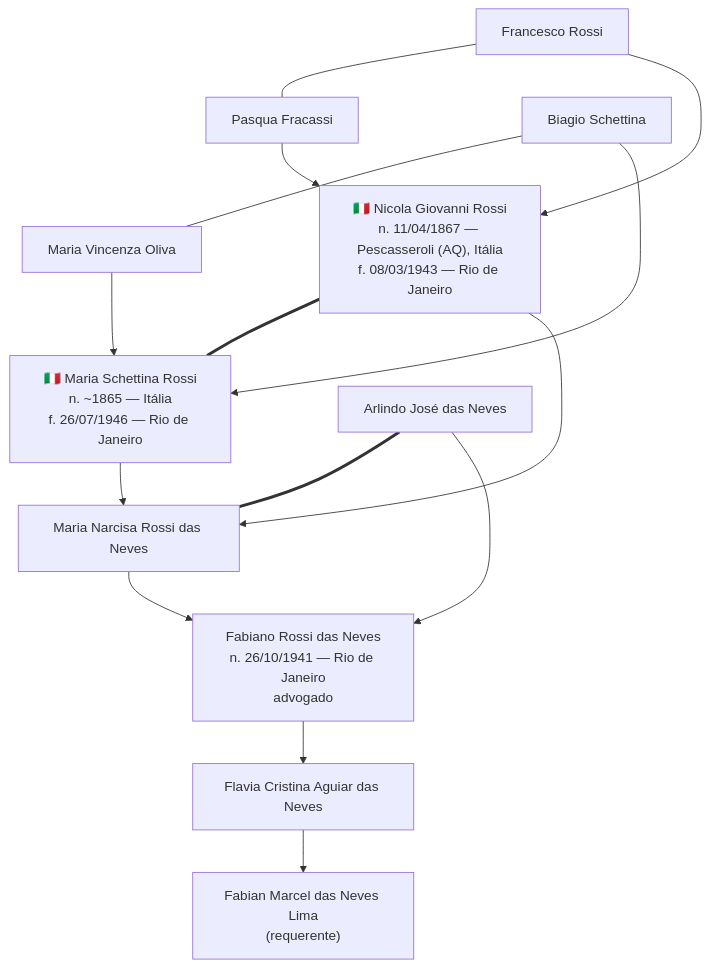
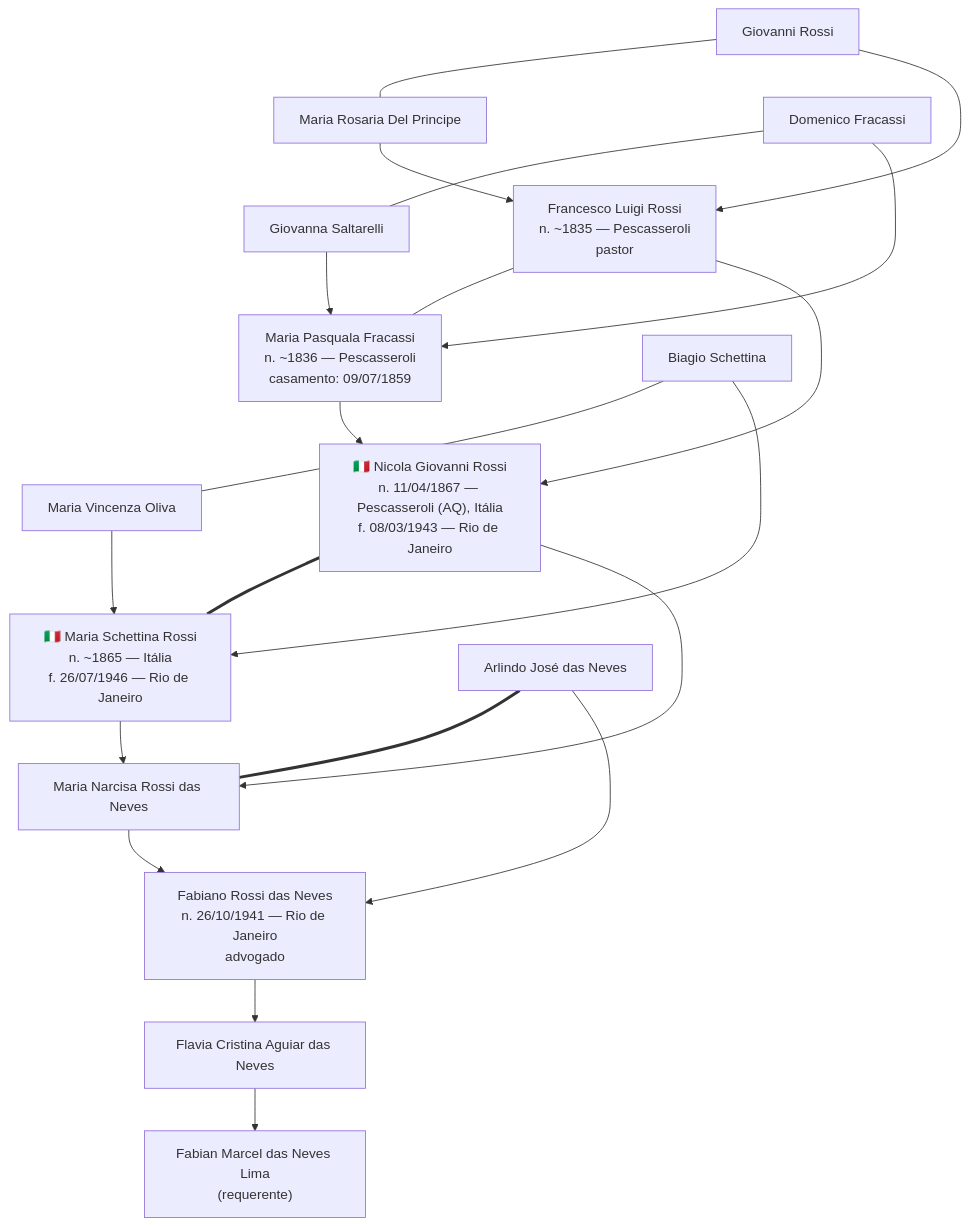
One commit to fabianlima-lab/family-tree changed the diagram in README.md. Above: the diagram before and after it, drawn with Mermaid. The commit also changed 4 other files, not shown here.

First line of the commit message:
Encontrado o casamento dos tetravós: Francesco Luigi Rossi × Maria Pasquala Fracassi (Pescasseroli, 09/07/1859)

````diff
--- a/README.md
+++ b/README.md
@@ -9,26 +9,31 @@
 ```mermaid
 flowchart TD
-    FR["Francesco Rossi"] --- PF["Pasqua Fracassi"]
+    GR["Giovanni Rossi"] --- MRDP["Maria Rosaria Del Principe"]
+    DF["Domenico Fracassi"] --- GS["Giovanna Saltarelli"]
+    GR & MRDP --> FR
+    DF & GS --> PF
+
+    FR["Francesco Luigi Rossi<br/>n. ~1835 — Pescasseroli<br/>pastor"] --- PF["Maria Pasquala Fracassi<br/>n. ~1836 — Pescasseroli<br/>casamento: 09/07/1859"]
     FR & PF --> NICOLA
 
     BS["Biagio Schettina"] --- MVO["Maria Vincenza Oliva"]
     BS & MVO --> MARIA
 
     NICOLA["🇮🇹 Nicola Giovanni Rossi<br/>n. 11/04/1867 — Pescasseroli (AQ), Itália<br/>f. 08/03/1943 — Rio de Janeiro"]
     MARIA["🇮🇹 Maria Schettina Rossi<br/>n. ~1865 — Itália<br/>f. 26/07/1946 — Rio de Janeiro"]
     NICOLA === MARIA
     NICOLA & MARIA --> NARCISA
 
     ARLINDO["Arlindo José das Neves"]
     NARCISA["Maria Narcisa Rossi das Neves"]
     ARLINDO === NARCISA
     ARLINDO & NARCISA --> FABIANO
 
     FABIANO["Fabiano Rossi das Neves<br/>n. 26/10/1941 — Rio de Janeiro<br/>advogado"]
     FABIANO --> FLAVIA
 
     FLAVIA["Flavia Cristina Aguiar das Neves"]
     FLAVIA --> FABIAN
 
     FABIAN["Fabian Marcel das Neves Lima<br/>(requerente)"]
 ```
````
